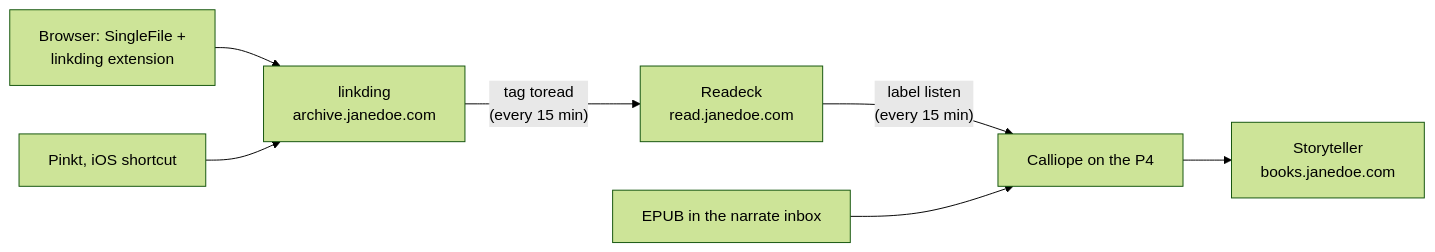
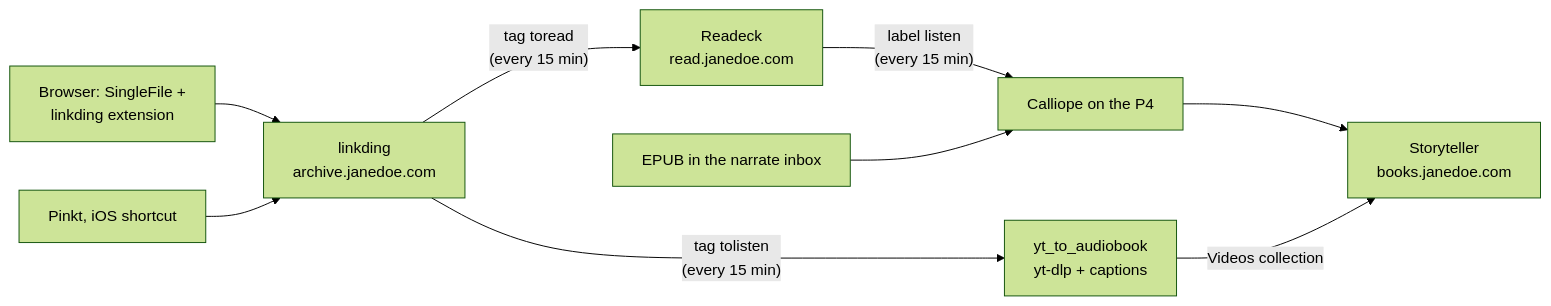
The diagram in rendered/docs/guides/reading.md (babraham123/homelab), drawn with Mermaid (forest theme) before and after one commit. The commit also changed other lines of this file and 31 other files, not shown here.

First line of the commit message:
yt_to_audiobook: YouTube videos as read-along EPUBs in Storyteller

````diff
--- a/rendered/docs/guides/reading.md
+++ b/rendered/docs/guides/reading.md
@@ -6,9 +6,11 @@
 ```mermaid
 flowchart LR
     browser["Browser: SingleFile +<br/>linkding extension"] --> linkding
     pinkt["Pinkt, iOS shortcut"] --> linkding
     linkding["linkding<br/>archive.janedoe.com"] -- "tag toread<br/>(every 15 min)" --> readeck
     readeck["Readeck<br/>read.janedoe.com"] -- "label listen<br/>(every 15 min)" --> calliope
     inbox["EPUB in the narrate inbox"] --> calliope
     calliope["Calliope on the P4"] --> storyteller["Storyteller<br/>books.janedoe.com"]
+    linkding -- "tag tolisten<br/>(every 15 min)" --> yt["yt_to_audiobook<br/>yt-dlp + captions"]
+    yt -- "Videos collection" --> storyteller
 ```
````
